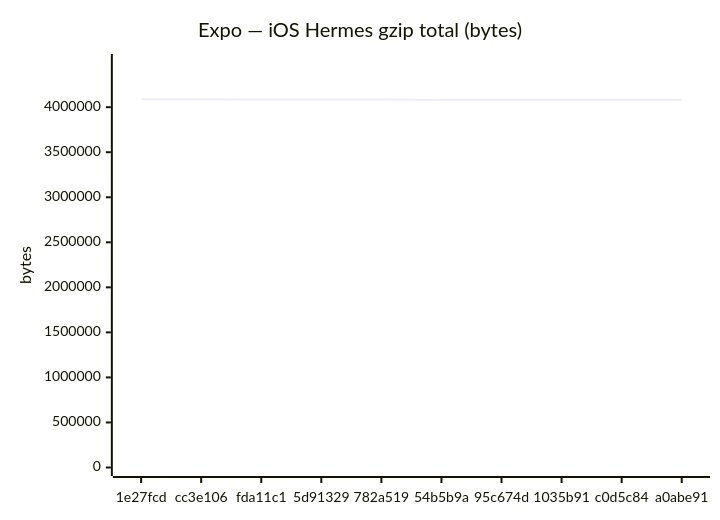
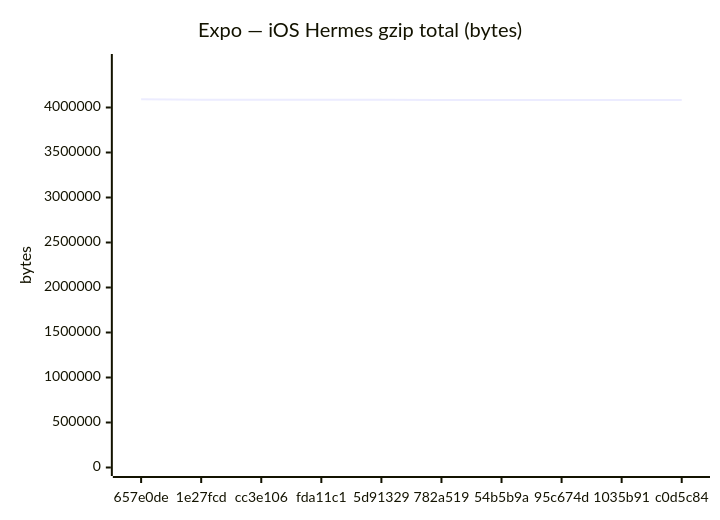
Before and after one commit to Metaheurist/Rianell: the sixth of 18 diagrams in benchmarks/compare.md, drawn with Mermaid. The commit also changed other lines of this file and 11 other files, not shown here.

````diff
--- a/benchmarks/compare.md
+++ b/benchmarks/compare.md
@@ -96,7 +96,7 @@
 ```mermaid
 xychart-beta
     title "Expo — iOS Hermes gzip total (bytes)"
-    x-axis ["1e27fcd", "cc3e106", "fda11c1", "5d91329", "782a519", "54b5b9a", "95c674d", "1035b91", "c0d5c84", "a0abe91"]
-    y-axis "bytes" 0 --> 4496159
-    line [4087417, 4087412, 4084812, 4084805, 4084677, 4082348, 4083105, 4083108, 4083106, 4083107]
+    x-axis ["657e0de", "1e27fcd", "cc3e106", "fda11c1", "5d91329", "782a519", "54b5b9a", "95c674d", "1035b91", "c0d5c84"]
+    y-axis "bytes" 0 --> 4499973
+    line [4090884, 4087417, 4087412, 4084812, 4084805, 4084677, 4082348, 4083105, 4083108, 4083106]
 ```
````
